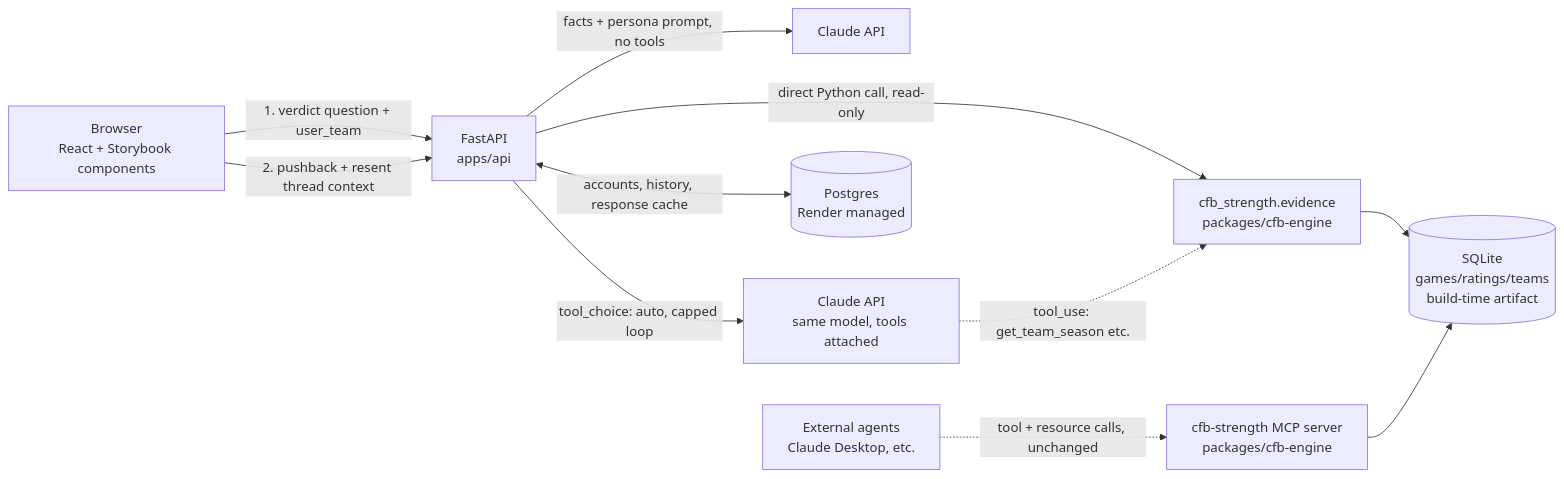
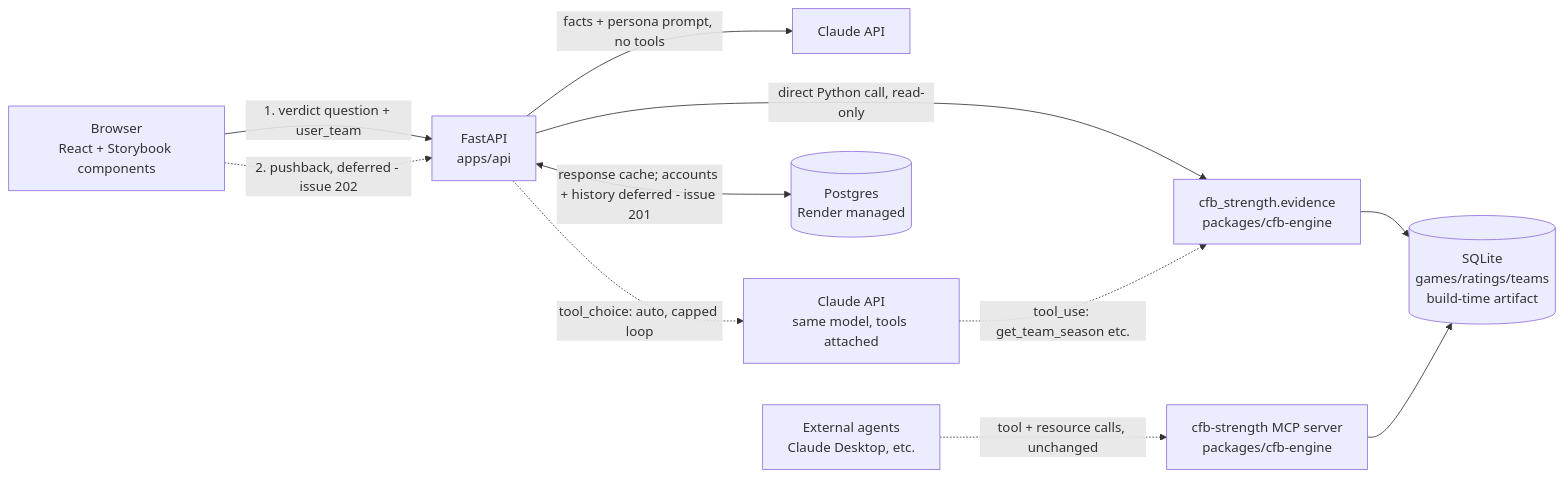
The diagram in docs/ARCHITECTURE.md (daveharmswebdev/my-team-is-better), drawn with Mermaid before and after one commit. The commit also changed other lines of this file and 4 other files, not shown here.

First line of the commit message:
Record the 2026-09-14 founder decisions: accounts and pushback deferred, grounding redesign, smoke-eval secret plan, e2e blocking (#230)

````diff
--- a/docs/ARCHITECTURE.md
+++ b/docs/ARCHITECTURE.md
@@ -15,13 +17,13 @@
 ```mermaid
 flowchart LR
     U[Browser<br/>React + Storybook components] -->|1. verdict question + user_team| API[FastAPI<br/>apps/api]
     API -->|direct Python call, read-only| ENGINE[cfb_strength.evidence<br/>packages/cfb-engine]
     ENGINE --> DB[(SQLite<br/>games/ratings/teams<br/>build-time artifact)]
     API -->|facts + persona prompt, no tools| CLAUDE[Claude API]
-    U -->|2. pushback + resent thread context| API
-    API -->|tool_choice: auto, capped loop| CLAUDE2[Claude API<br/>same model, tools attached]
+    U -.->|2. pushback, deferred - issue 202| API
+    API -.->|tool_choice: auto, capped loop| CLAUDE2[Claude API<br/>same model, tools attached]
     CLAUDE2 -.->|tool_use: get_team_season etc.| ENGINE
-    API <-->|accounts, history, response cache| PG[(Postgres<br/>Render managed)]
+    API <-->|response cache; accounts + history deferred - issue 201| PG[(Postgres<br/>Render managed)]
     AGENT[External agents<br/>Claude Desktop, etc.] -.->|tool + resource calls, unchanged| MCP[cfb-strength MCP server<br/>packages/cfb-engine]
     MCP --> DB
 ```
````
